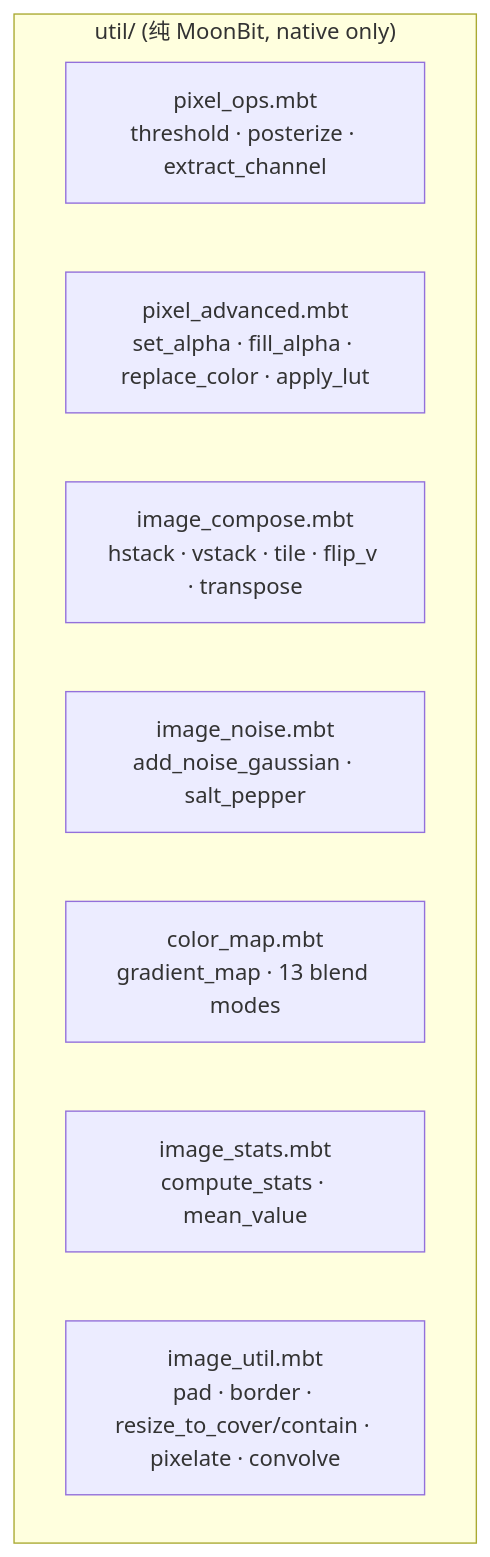
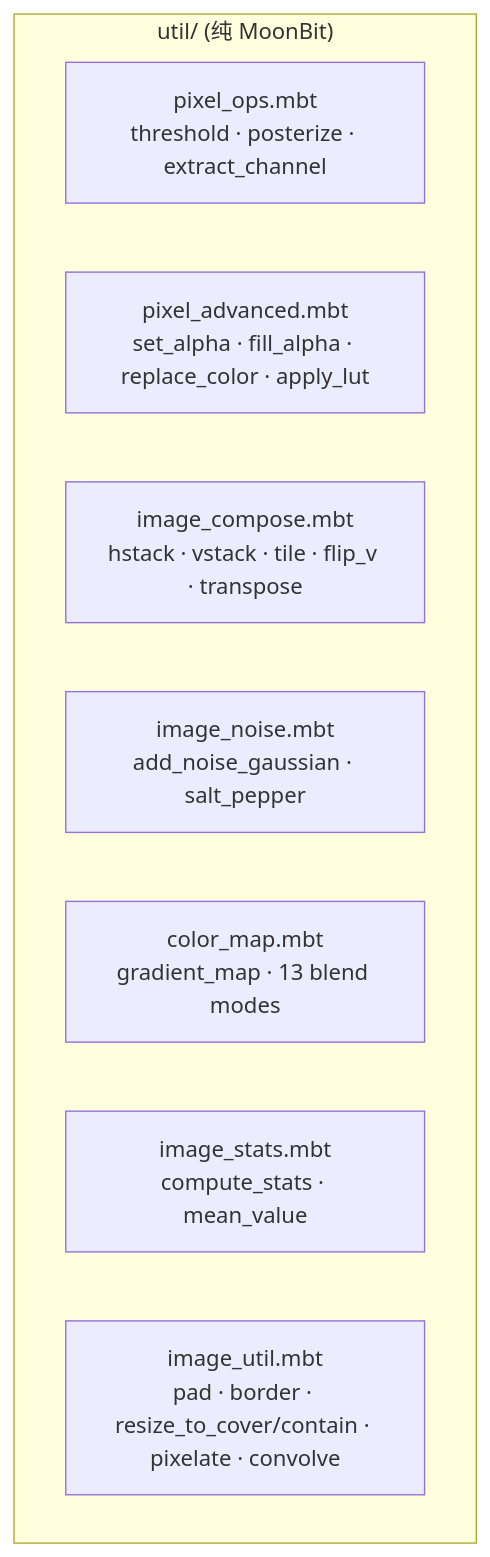
Before and after one commit to toadium/stb-image: the ninth of 14 diagrams in docs/architecture.md, drawn with Mermaid. The commit also changed other lines of this file and 4 other files, not shown here.

Commit message:
文档: 清理 FFI/native-only 历史残留，更新为纯 MoonBit 全目标描述

````diff
--- a/docs/architecture.md
+++ b/docs/architecture.md
@@ -338,12 +314,12 @@
 ```mermaid
 flowchart TB
-    subgraph UtilPkg["util/ (纯 MoonBit, native only)"]
+    subgraph UtilPkg["util/ (纯 MoonBit)"]
         PixelOps["pixel_ops.mbt<br/>threshold · posterize · extract_channel"]
         PixelAdv["pixel_advanced.mbt<br/>set_alpha · fill_alpha · replace_color · apply_lut"]
         Compose["image_compose.mbt<br/>hstack · vstack · tile · flip_v · transpose"]
         Noise["image_noise.mbt<br/>add_noise_gaussian · salt_pepper"]
         ColorMap["color_map.mbt<br/>gradient_map · 13 blend modes"]
         Stats["image_stats.mbt<br/>compute_stats · mean_value"]
         Util["image_util.mbt<br/>pad · border · resize_to_cover/contain · pixelate · convolve"]
     end
 ```
````
